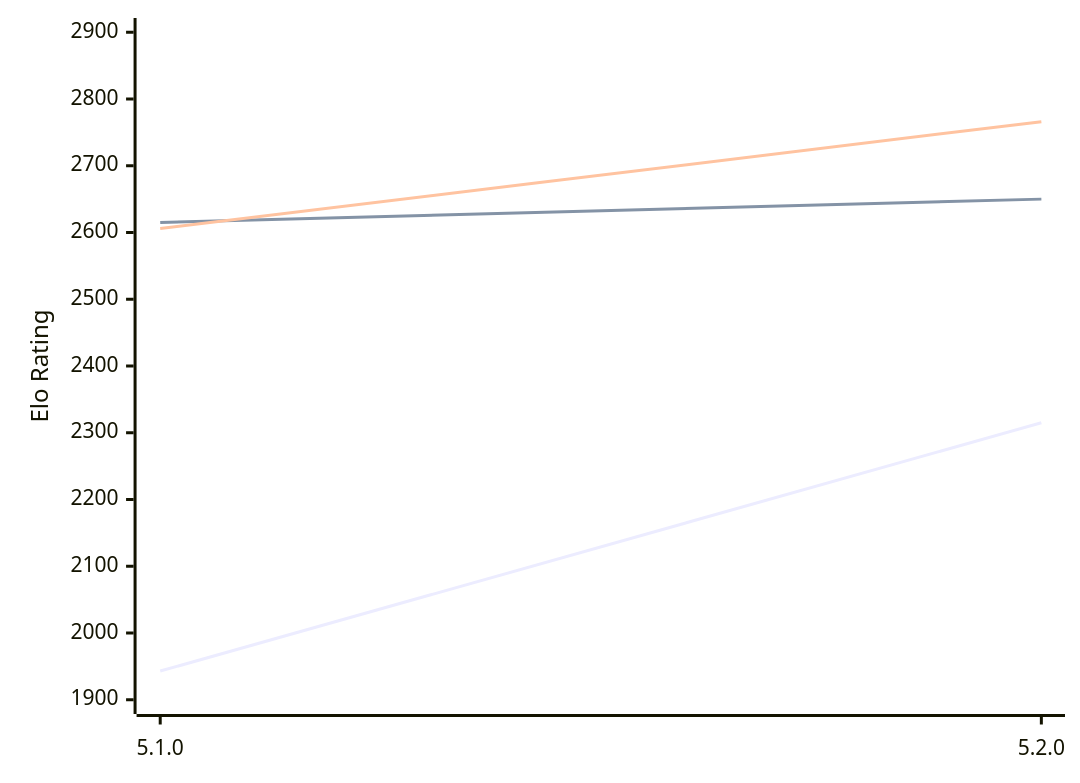
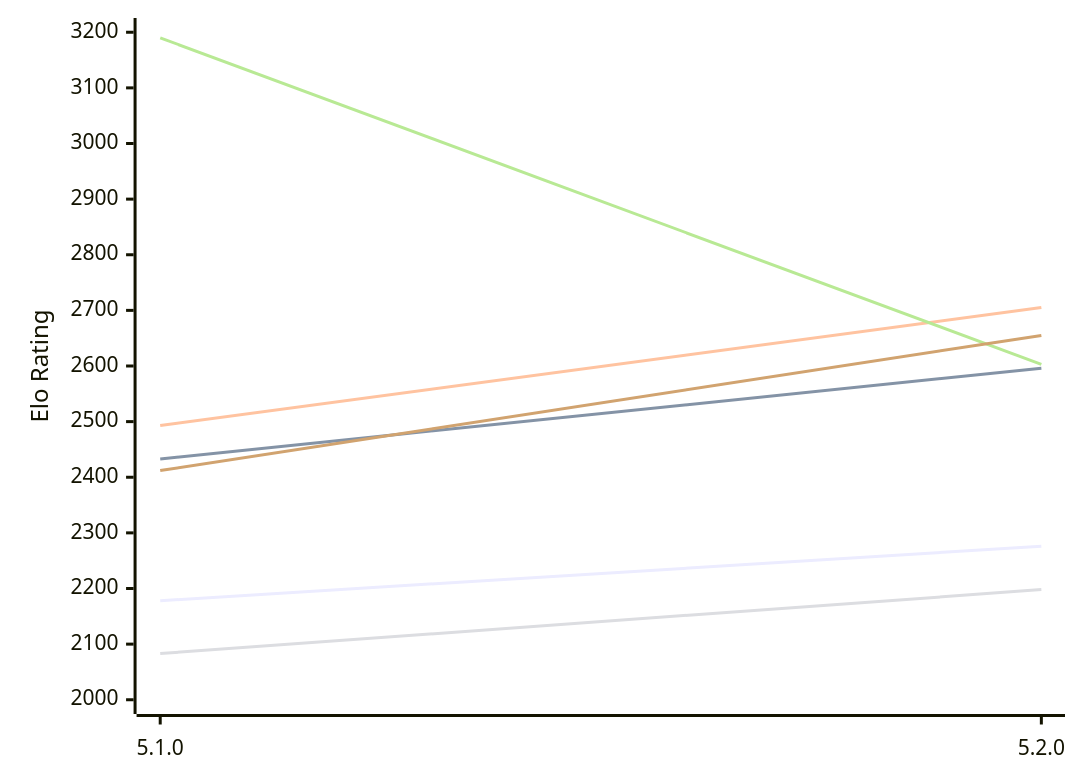
Before and after one commit to computer-chess-index/cci: the first of 2 diagrams in engines/Aconcagua.md, drawn with Mermaid. The commit also changed other lines of this file, not shown here.

Commit message:
Update CCI Ratings (ELO VLTC) - 2026-11-13

````diff
--- a/engines/Aconcagua.md
+++ b/engines/Aconcagua.md
@@ -52,12 +53,12 @@
 ```mermaid
 %%{init: {"theme":"base","themeVariables":{"seriesColors:['#a3a3a3','#222221','#faa371']}}}%%
 xychart-beta
   x-axis ["5.1.0", "5.2.0"]
-  y-axis "Elo Rating" 1900 --> 2900
-  line "E1: STC (8.0+0.08s)" [1943, 2315]
-  line "E1: LTC (60.0+0.60s)" [2615, 2650]
-  line "E1: VLTC (2m24s+1.12s)" [2606, 2766]
-  line "P1: STC (8.0+0.08s)" [2325]
-  line "P1: LTC (60.0+0.60s)" [2762]
-  line "P1: VLTC (2m24s+1.12s)" [2813]
+  y-axis "Elo Rating" 2000 --> 3200
+  line "E1: STC (8.0+0.08s)" [2178, 2276]
+  line "E1: LTC (60.0+0.60s)" [2433, 2596]
+  line "E1: VLTC (2m24s+1.12s)" [2493, 2705]
+  line "P1: STC (8.0+0.08s)" [2083, 2198]
+  line "P1: LTC (60.0+0.60s)" [3190, 2603]
+  line "P1: VLTC (2m24s+1.12s)" [2412, 2655]
 ```
````
